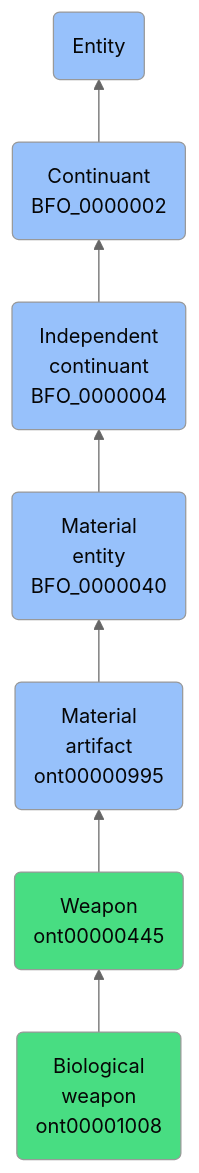
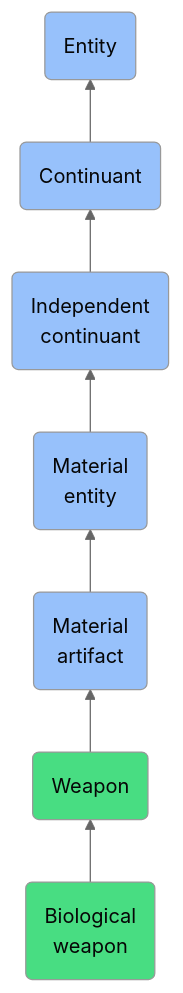
One commit to jupyter-naas/abi changed the diagram in docs/ontology/reference/model/Entity/Continuant/Independent continuant/Material entity/Material artifact/Weapon/Biological weapon/Biological weapon.md. Above: the diagram before and after it, drawn with Mermaid (neutral theme). The commit also changed other lines of this file and 1430 other files, not shown here.

````diff
--- a/docs/ontology/reference/model/Entity/Continuant/Independent continuant/Material entity/Material artifact/Weapon/Biological weapon/Biological weapon.md
+++ b/docs/ontology/reference/model/Entity/Continuant/Independent continuant/Material entity/Material artifact/Weapon/Biological weapon/Biological weapon.md
@@ -24,14 +24,14 @@
 ```mermaid
 graph BT
-    ont00001008(Biological<br>weapon<br>ont00001008):::ABI-->ont00000445
-    ont00000445(Weapon<br>ont00000445):::ABI-->ont00000995
-    ont00000995(Material<br>artifact<br>ont00000995):::BFO-->BFO_0000040
-    BFO_0000040(Material<br>entity<br>BFO_0000040):::BFO-->BFO_0000004
-    BFO_0000004(Independent<br>continuant<br>BFO_0000004):::BFO-->BFO_0000002
-    BFO_0000002(Continuant<br>BFO_0000002):::BFO-->BFO_0000001
+    ont00001008(Biological<br>weapon):::ABI-->ont00000445
+    ont00000445(Weapon):::ABI-->ont00000995
+    ont00000995(Material<br>artifact):::BFO-->BFO_0000040
+    BFO_0000040(Material<br>entity):::BFO-->BFO_0000004
+    BFO_0000004(Independent<br>continuant):::BFO-->BFO_0000002
+    BFO_0000002(Continuant):::BFO-->BFO_0000001
     BFO_0000001(Entity):::BFO
     
     classDef BFO fill:#97c1fb,color:#060606
     classDef CCO fill:#e4c51e,color:#060606
     classDef ABI fill:#48DD82,color:#060606
 ```
````
